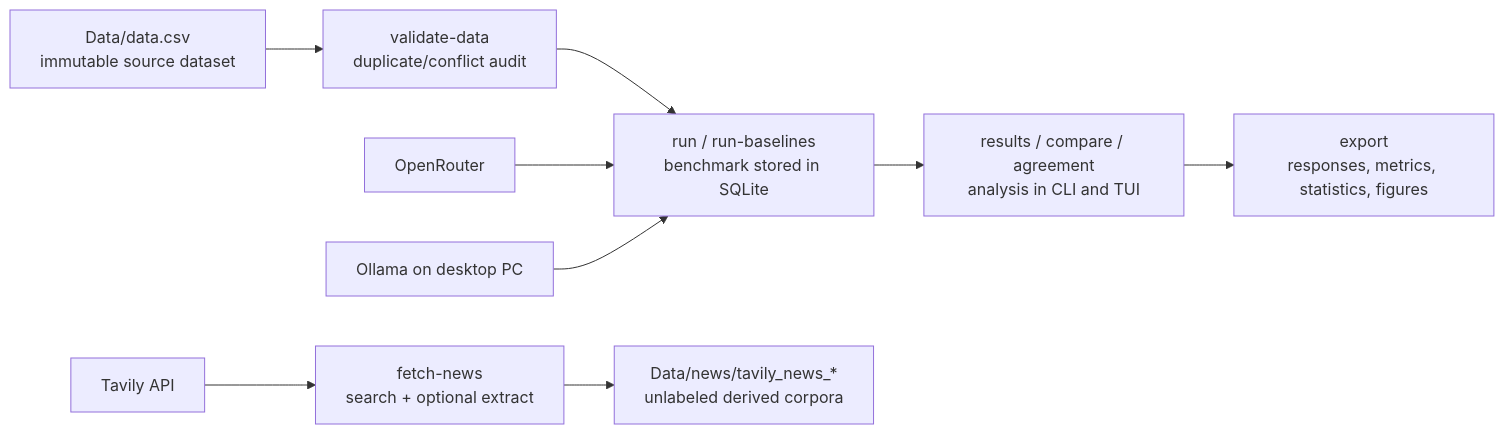
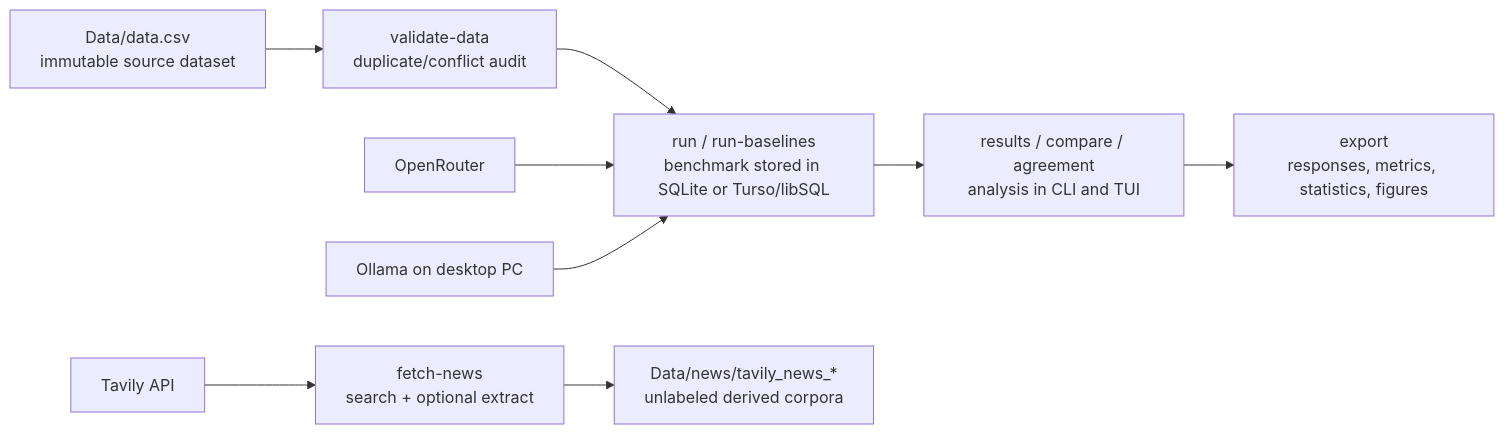
One commit to PeterLP123/Sentiment_Dissertation changed the diagram in README.md. Above: the diagram before and after it, drawn with Mermaid. The commit also changed other lines of this file and 18 other files, not shown here.

First line of the commit message:
Record runtime metadata & add libSQL/Turso support

````diff
--- a/README.md
+++ b/README.md
@@ -105,11 +125,11 @@
 ```mermaid
 flowchart LR
     A["Data/data.csv<br/>immutable source dataset"] --> B["validate-data<br/>duplicate/conflict audit"]
-    B --> C["run / run-baselines<br/>benchmark stored in SQLite"]
+    B --> C["run / run-baselines<br/>benchmark stored in SQLite or Turso/libSQL"]
     C --> D["results / compare / agreement<br/>analysis in CLI and TUI"]
     D --> E["export<br/>responses, metrics, statistics, figures"]
     F["Tavily API"] --> G["fetch-news<br/>search + optional extract"]
     G --> H["Data/news/tavily_news_*<br/>unlabeled derived corpora"]
     I["OpenRouter"] --> C
     J["Ollama on desktop PC"] --> C
 ```
````
